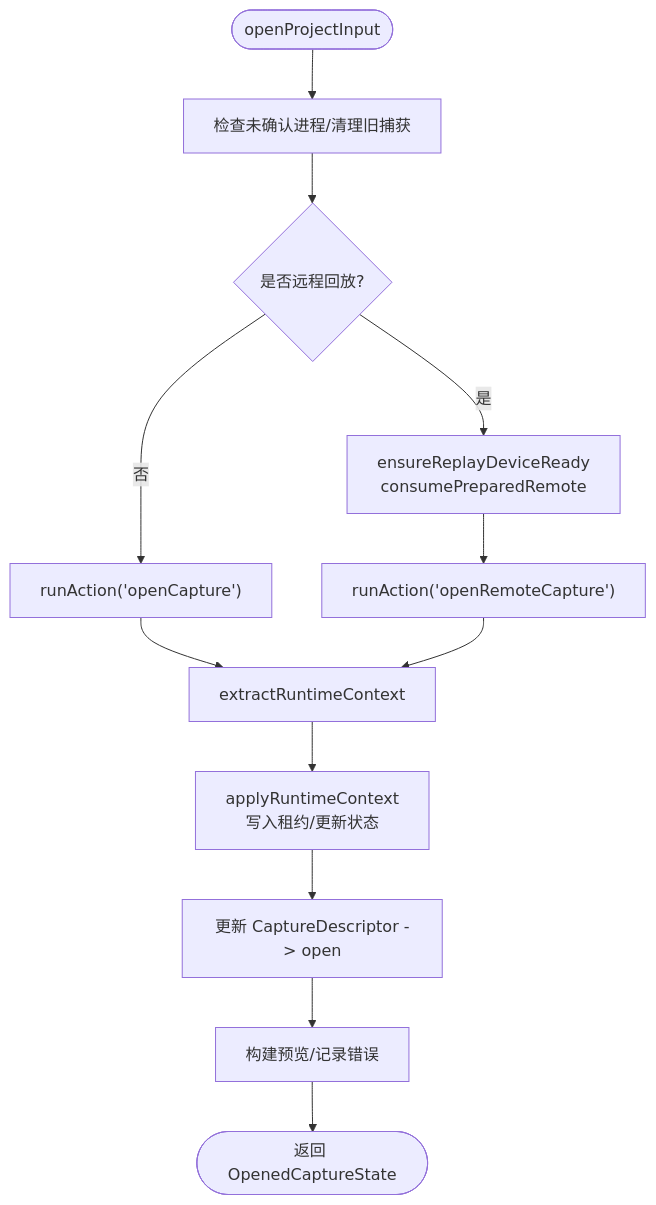
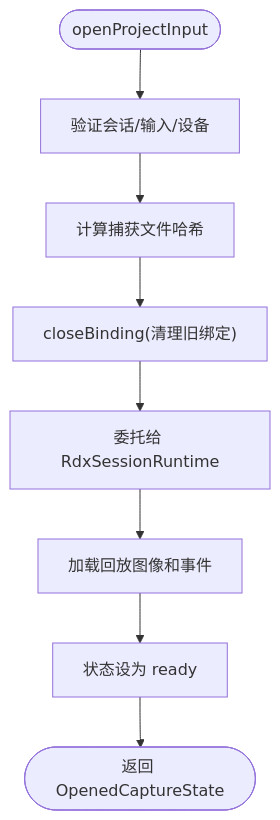
Before and after one commit to haolange/RDC-Agent: the third of 6 diagrams in .qoder/repowiki/zh/content/核心模块/会话管理系统/会话生命周期管理.md, drawn with Mermaid. The commit also changed other lines of this file and 221 other files, not shown here.

````diff
--- a/.qoder/repowiki/zh/content/核心模块/会话管理系统/会话生命周期管理.md
+++ b/.qoder/repowiki/zh/content/核心模块/会话管理系统/会话生命周期管理.md
@@ -145,14 +139,10 @@
 ```mermaid
 flowchart TD
-Start(["openProjectInput"]) --> PreCheck["检查未确认进程/清理旧捕获"]
-PreCheck --> Device{"是否远程回放?"}
-Device -- 是 --> EnsureRemote["ensureReplayDeviceReady<br/>consumePreparedRemote"]
-Device -- 否 --> LocalOpen["runAction('openCapture')"]
-EnsureRemote --> RemoteOpen["runAction('openRemoteCapture')"]
-LocalOpen --> ParseCtx["extractRuntimeContext"]
-RemoteOpen --> ParseCtx
-ParseCtx --> ApplyCtx["applyRuntimeContext<br/>写入租约/更新状态"]
-ApplyCtx --> UpdateCap["更新 CaptureDescriptor -> open"]
-UpdateCap --> Preview["构建预览/记录错误"]
-Preview --> Return(["返回 OpenedCaptureState"])
+Start(["openProjectInput"]) --> Validate["验证会话/输入/设备"]
+Validate --> Hash["计算捕获文件哈希"]
+Hash --> ClosePrev["closeBinding(清理旧绑定)"]
+ClosePrev --> Delegate["委托给 RdxSessionRuntime"]
+Delegate --> LoadImage["加载回放图像和事件"]
+LoadImage --> Ready["状态设为 ready"]
+Ready --> Return(["返回 OpenedCaptureState"])
 ```
````
